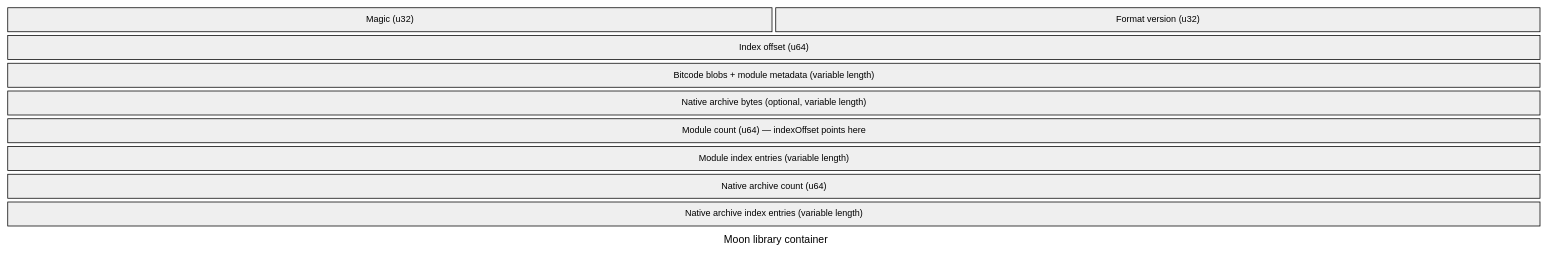
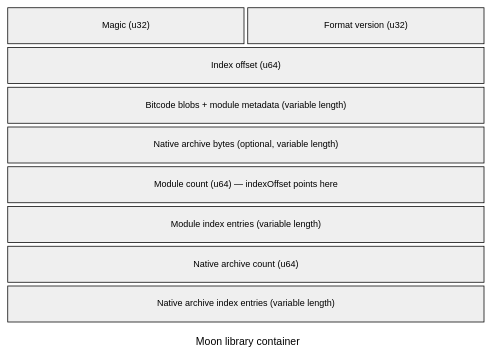
The diagram in docs/pages/abi/moon-format.mdx (namo-robotics/sun), drawn with Mermaid before and after one commit. The commit also changed other lines of this file and 1 other file, not shown here.

Commit message:
docs: keep Moon container diagram readable on narrow screens

````diff
--- a/docs/pages/abi/moon-format.mdx
+++ b/docs/pages/abi/moon-format.mdx
@@ -23,19 +25,21 @@
 ```mermaid
 ---
 title: Moon library container
 config:
   packet:
     bitsPerRow: 64
+    bitWidth: 10
+    rowHeight: 48
     showBits: false
 ---
 packet
 0-31: "Magic (u32)"
 32-63: "Format version (u32)"
 64-127: "Index offset (u64)"
 128-191: "Bitcode blobs + module metadata (variable length)"
 192-255: "Native archive bytes (optional, variable length)"
 256-319: "Module count (u64) — indexOffset points here"
 320-383: "Module index entries (variable length)"
 384-447: "Native archive count (u64)"
 448-511: "Native archive index entries (variable length)"
 ```
````
